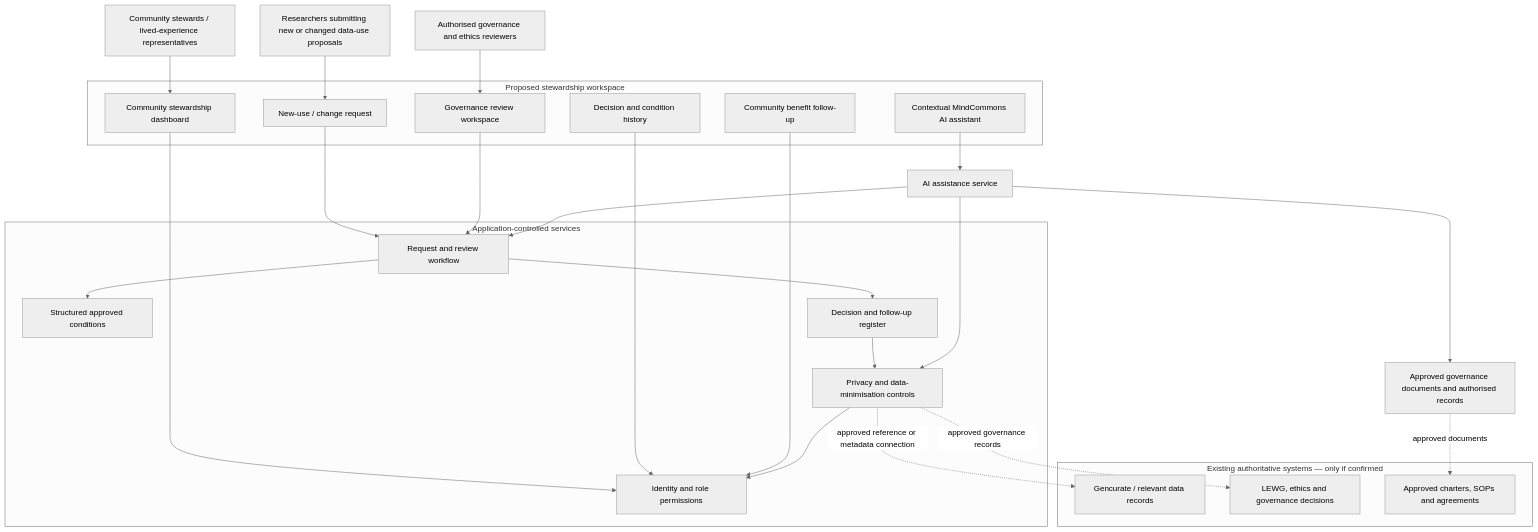
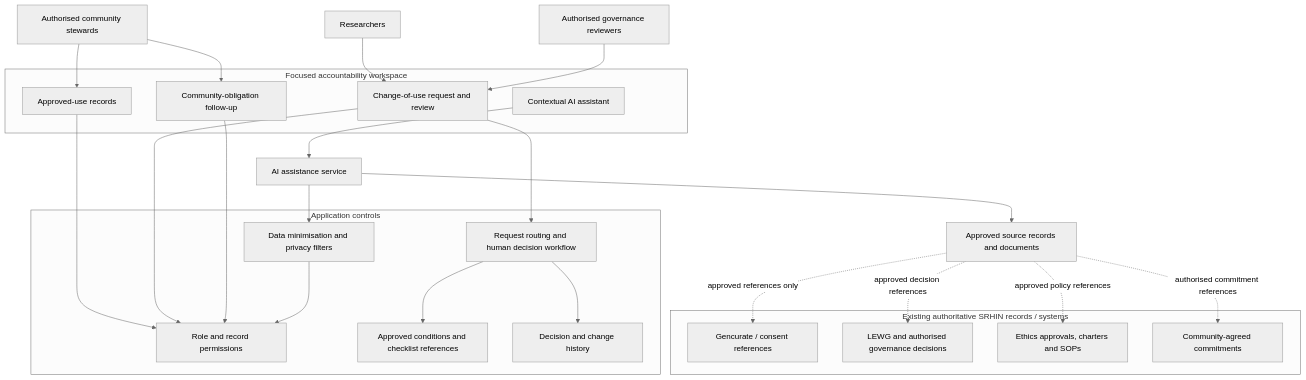
Before and after one commit to preciousapiridibagha1-star/technical-writing-research-and-documentation-: the first of 2 diagrams in projects/mindcommons-ai/architecture/SYSTEM_ARCHITECTURE.md, drawn with Mermaid (neutral theme). The commit also changed other lines of this file, not shown here.

Commit message:
Narrow MindCommons to a three-capability data-use accountability ledger

````diff
--- a/projects/mindcommons-ai/architecture/SYSTEM_ARCHITECTURE.md
+++ b/projects/mindcommons-ai/architecture/SYSTEM_ARCHITECTURE.md
@@ -11,52 +17,50 @@
 ```mermaid
 flowchart TB
-  U[Community stewards / lived-experience representatives]
-  R[Researchers submitting new or changed data-use proposals]
-  H[Authorised governance and ethics reviewers]
+  CS[Authorised community stewards]
+  RV[Authorised governance reviewers]
+  RS[Researchers]
 
-  subgraph UI[Proposed stewardship workspace]
-    DASH[Community stewardship dashboard]
-    FORM[New-use / change request]
-    REVIEW[Governance review workspace]
-    TRACE[Decision and condition history]
-    BENEFIT[Community benefit follow-up]
-    CHAT[Contextual MindCommons AI assistant]
+  subgraph UI[Focused accountability workspace]
+    USE[Approved-use records]
+    CHANGE[Change-of-use request and review]
+    OBL[Community-obligation follow-up]
+    AI[Contextual AI assistant]
   end
 
-  subgraph APP[Application-controlled services]
-    ID[Identity and role permissions]
-    WORK[Request and review workflow]
-    RULES[Structured approved conditions]
-    LOG[Decision and follow-up register]
-    FILTER[Privacy and data-minimisation controls]
+  subgraph APP[Application controls]
+    AUTH[Role and record permissions]
+    FLOW[Request routing and human decision workflow]
+    RULE[Approved conditions and checklist references]
+    AUDIT[Decision and change history]
+    MIN[Data minimisation and privacy filters]
   end
 
-  AI[AI assistance service]
-  KNOW[Approved governance documents and authorised records]
+  MODEL[AI assistance service]
+  SOURCE[Approved source records and documents]
 
-  subgraph EXISTING[Existing authoritative systems — only if confirmed]
-    GEN[Gencurate / relevant data records]
-    GOV[LEWG, ethics and governance decisions]
-    DOC[Approved charters, SOPs and agreements]
+  subgraph EXIST[Existing authoritative SRHIN records / systems]
+    GEN[Gencurate / consent references]
+    GOV[LEWG and authorised governance decisions]
+    ETH[Ethics approvals, charters and SOPs]
+    AGREEMENTS[Community-agreed commitments]
   end
 
-  U --> DASH
-  R --> FORM
-  H --> REVIEW
-  DASH --> ID
-  FORM --> WORK
-  REVIEW --> WORK
-  TRACE --> ID
-  BENEFIT --> ID
-  WORK --> RULES
-  WORK --> LOG
-  LOG --> FILTER
-  CHAT --> AI
-  AI --> KNOW
-  AI --> FILTER
-  FILTER --> ID
-  FILTER -. approved reference or metadata connection .-> GEN
-  FILTER -. approved governance records .-> GOV
-  KNOW -. approved documents .-> DOC
-  AI --> WORK
+  CS --> USE
+  CS --> OBL
+  RS --> CHANGE
+  RV --> CHANGE
+  USE --> AUTH
+  CHANGE --> AUTH
+  OBL --> AUTH
+  CHANGE --> FLOW
+  FLOW --> RULE
+  FLOW --> AUDIT
+  AI --> MODEL
+  MODEL --> SOURCE
+  MODEL --> MIN
+  MIN --> AUTH
+  SOURCE -. approved references only .-> GEN
+  SOURCE -. approved decision references .-> GOV
+  SOURCE -. approved policy references .-> ETH
+  SOURCE -. authorised commitment references .-> AGREEMENTS
 ```
````
